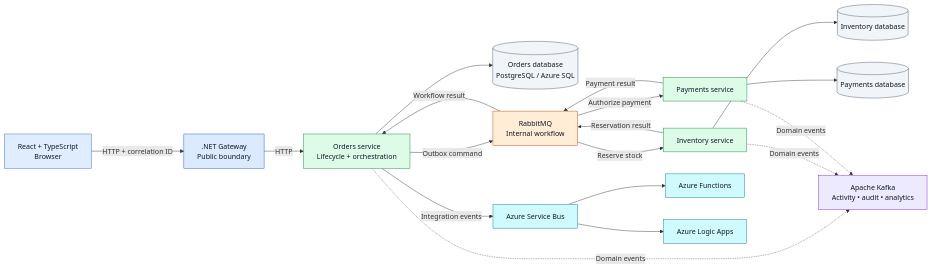
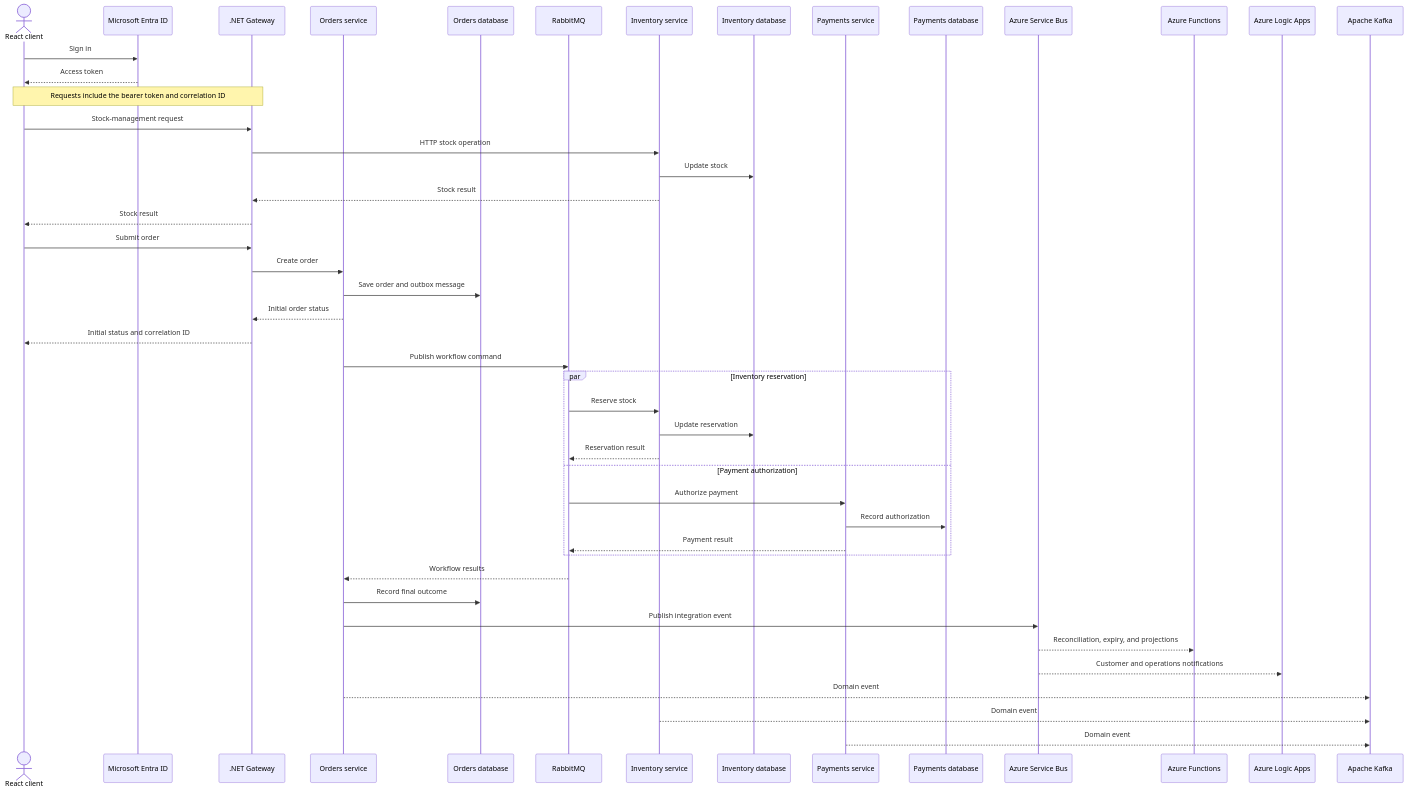
Before and after one commit to purlieu-studios/order-forge: the diagram in README.md, drawn with Mermaid. The commit also changed other lines of this file, not shown here.

Commit message:
chore: Update chart to a more readable flow

````diff
--- a/README.md
+++ b/README.md
@@ -11,36 +11,53 @@
 ```mermaid
-flowchart LR
-    Client["React + TypeScript<br/>Browser"] -->|HTTP + correlation ID| Gateway[".NET Gateway<br/>Public boundary"]
-    Gateway -->|HTTP| Orders["Orders service<br/>Lifecycle + orchestration"]
-    Orders --> OrdersDb[("Orders database<br/>PostgreSQL / Azure SQL")]
-    Orders -->|Outbox command| Rabbit["RabbitMQ<br/>Internal workflow"]
-    Rabbit -->|Reserve stock| Inventory["Inventory service"]
-    Rabbit -->|Authorize payment| Payments["Payments service"]
-    Inventory --> InventoryDb[("Inventory database")]
-    Payments --> PaymentsDb[("Payments database")]
-    Inventory -->|Reservation result| Rabbit
-    Payments -->|Payment result| Rabbit
-    Rabbit -->|Workflow result| Orders
-    Orders -->|Integration events| ServiceBus["Azure Service Bus"]
-    ServiceBus --> Functions["Azure Functions"]
-    ServiceBus --> LogicApps["Azure Logic Apps"]
-    Orders -.->|Domain events| Kafka["Apache Kafka<br/>Activity • audit • analytics"]
-    Inventory -.->|Domain events| Kafka
-    Payments -.->|Domain events| Kafka
+sequenceDiagram
+    actor Client as React client
+    participant Entra as Microsoft Entra ID
+    participant Gateway as .NET Gateway
+    participant Orders as Orders service
+    participant OrdersDb as Orders database
+    participant Rabbit as RabbitMQ
+    participant Inventory as Inventory service
+    participant InventoryDb as Inventory database
+    participant Payments as Payments service
+    participant PaymentsDb as Payments database
+    participant Bus as Azure Service Bus
+    participant Functions as Azure Functions
+    participant Logic as Azure Logic Apps
+    participant Kafka as Apache Kafka
 
-    classDef client fill:#e0ecff,stroke:#2563eb,color:#0f172a;
-    classDef boundary fill:#dbeafe,stroke:#1d4ed8,color:#0f172a;
-    classDef service fill:#dcfce7,stroke:#15803d,color:#0f172a;
-    classDef database fill:#f1f5f9,stroke:#475569,color:#0f172a;
-    classDef messaging fill:#ffedd5,stroke:#c2410c,color:#0f172a;
-    classDef cloud fill:#cffafe,stroke:#0e7490,color:#0f172a;
-    classDef stream fill:#ede9fe,stroke:#6d28d9,color:#0f172a;
+    Client->>Entra: Sign in
+    Entra-->>Client: Access token
+    Note over Client,Gateway: Requests include the bearer token and correlation ID
 
-    class Client client;
-    class Gateway boundary;
-    class Orders,Inventory,Payments service;
-    class OrdersDb,InventoryDb,PaymentsDb database;
-    class Rabbit messaging;
-    class ServiceBus,Functions,LogicApps cloud;
-    class Kafka stream;
+    Client->>Gateway: Stock-management request
+    Gateway->>Inventory: HTTP stock operation
+    Inventory->>InventoryDb: Update stock
+    Inventory-->>Gateway: Stock result
+    Gateway-->>Client: Stock result
+
+    Client->>Gateway: Submit order
+    Gateway->>Orders: Create order
+    Orders->>OrdersDb: Save order and outbox message
+    Orders-->>Gateway: Initial order status
+    Gateway-->>Client: Initial status and correlation ID
+
+    Orders->>Rabbit: Publish workflow command
+    par Inventory reservation
+        Rabbit->>Inventory: Reserve stock
+        Inventory->>InventoryDb: Update reservation
+        Inventory-->>Rabbit: Reservation result
+    and Payment authorization
+        Rabbit->>Payments: Authorize payment
+        Payments->>PaymentsDb: Record authorization
+        Payments-->>Rabbit: Payment result
+    end
+
+    Rabbit-->>Orders: Workflow results
+    Orders->>OrdersDb: Record final outcome
+    Orders->>Bus: Publish integration event
+    Bus-->>Functions: Reconciliation, expiry, and projections
+    Bus-->>Logic: Customer and operations notifications
+    Orders-->>Kafka: Domain event
+    Inventory-->>Kafka: Domain event
+    Payments-->>Kafka: Domain event
 ```
````
